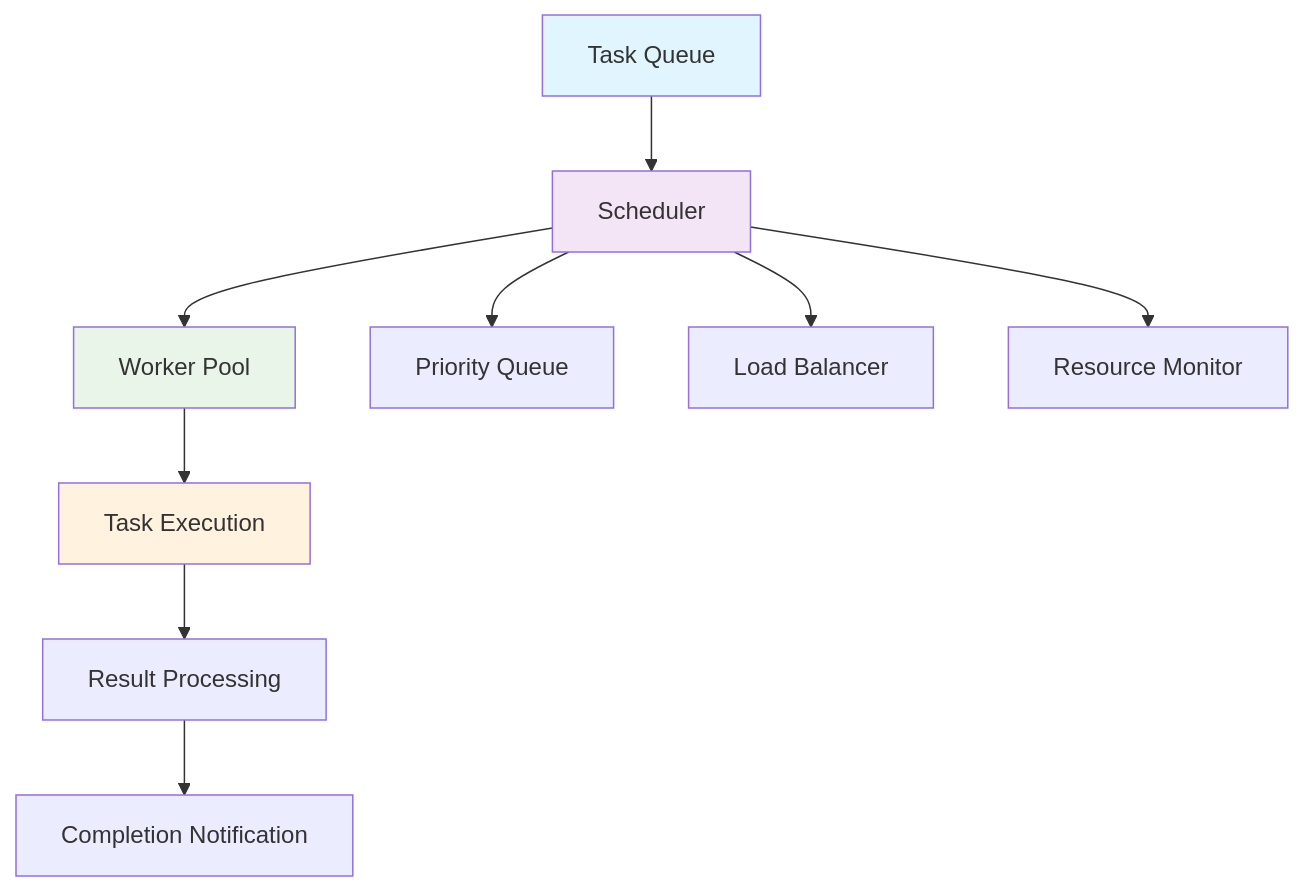
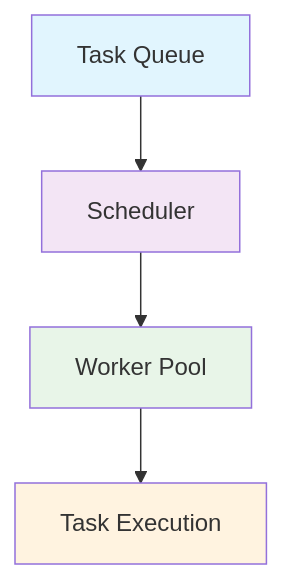
Before and after one commit to samadeep/samadeep.github.io: the first of 3 diagrams in _posts/2024-01-15-understanding-schedulers-and-worker-schedulers.md, drawn with Mermaid. The commit also changed other lines of this file and 2 other files, not shown here.

Commit message:
fix: performance guide and issue with diagrams

```diff
--- a/_posts/2024-01-15-understanding-schedulers-and-worker-schedulers.md
+++ b/_posts/2024-01-15-understanding-schedulers-and-worker-schedulers.md
@@ -28,17 +28,11 @@
 {% mermaid %}
 graph TB
     A[Task Queue] --> B[Scheduler]
     B --> C[Worker Pool]
     C --> D[Task Execution]
-    D --> E[Result Processing]
-    E --> F[Completion Notification]
-    
-    B --> G[Priority Queue]
-    B --> H[Load Balancer]
-    B --> I[Resource Monitor]
     
     style A fill:#e1f5fe
     style B fill:#f3e5f5
     style C fill:#e8f5e8
     style D fill:#fff3e0
 {% endmermaid %}
```
